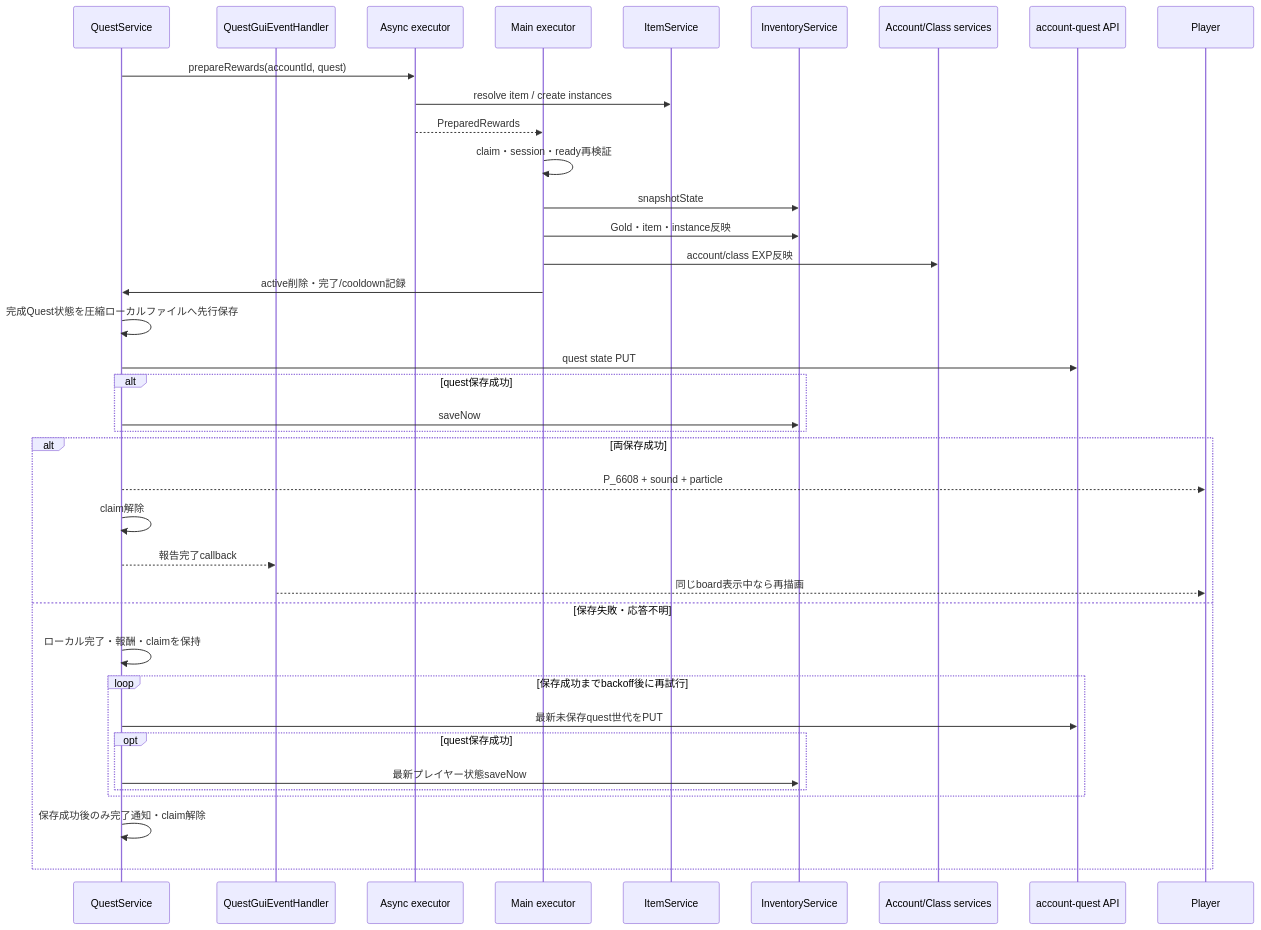
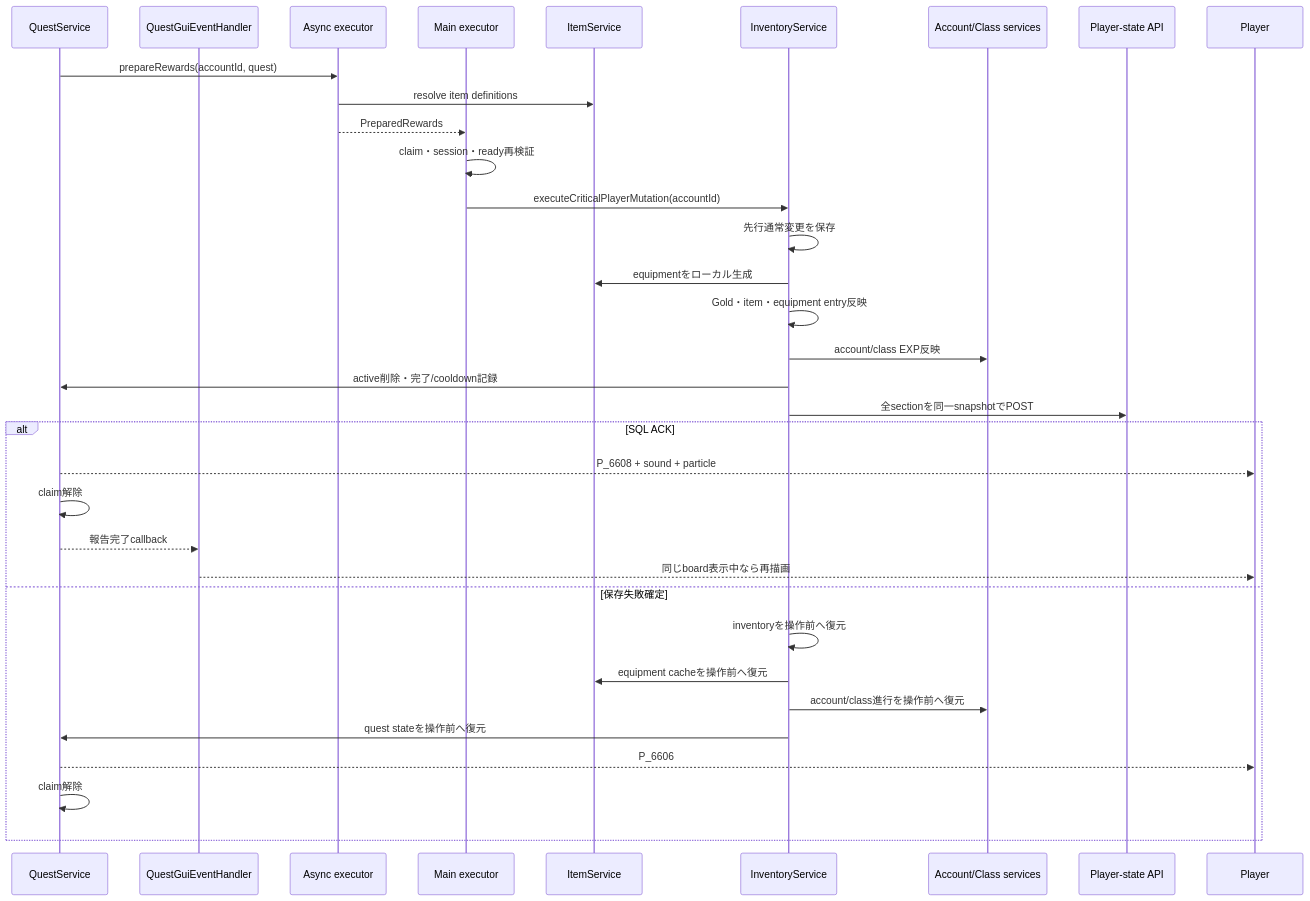
The fourth of 5 diagrams in 00_docs/10_Plugin設計書/feature/29-quest/29_4-統合フロー.md (maaasu/AstralRecord-Workspace), drawn with Mermaid before and after one commit. The commit also changed other lines of this file and 213 other files, not shown here.

````diff
--- a/00_docs/10_Plugin設計書/feature/29-quest/29_4-統合フロー.md
+++ b/00_docs/10_Plugin設計書/feature/29-quest/29_4-統合フロー.md
@@ -135,41 +131,37 @@
 ```mermaid
 sequenceDiagram
     participant Quest as QuestService
     participant GUI as QuestGuiEventHandler
     participant Async as Async executor
     participant Main as Main executor
     participant Item as ItemService
     participant Inventory as InventoryService
     participant Account as Account/Class services
-    participant API as account-quest API
+    participant API as Player-state API
     participant Player as Player
 
     Quest->>Async: prepareRewards(accountId, quest)
-    Async->>Item: resolve item / create instances
+    Async->>Item: resolve item definitions
     Async-->>Main: PreparedRewards
     Main->>Main: claim・session・ready再検証
-    Main->>Inventory: snapshotState
-    Main->>Inventory: Gold・item・instance反映
-    Main->>Account: account/class EXP反映
-    Main->>Quest: active削除・完了/cooldown記録
-        Quest->>Quest: 完成Quest状態を圧縮ローカルファイルへ先行保存
-        Quest->>API: quest state PUT
-    alt quest保存成功
-        Quest->>Inventory: saveNow
-    end
-    alt 両保存成功
+    Main->>Inventory: executeCriticalPlayerMutation(accountId)
+    Inventory->>Inventory: 先行通常変更を保存
+    Inventory->>Item: equipmentをローカル生成
+    Inventory->>Inventory: Gold・item・equipment entry反映
+    Inventory->>Account: account/class EXP反映
+    Inventory->>Quest: active削除・完了/cooldown記録
+    Inventory->>API: 全sectionを同一snapshotでPOST
+    alt SQL ACK
         Quest-->>Player: P_6608 + sound + particle
         Quest->>Quest: claim解除
         Quest-->>GUI: 報告完了callback
         GUI-->>Player: 同じboard表示中なら再描画
-    else 保存失敗・応答不明
-        Quest->>Quest: ローカル完了・報酬・claimを保持
-        loop 保存成功までbackoff後に再試行
-            Quest->>API: 最新未保存quest世代をPUT
-            opt quest保存成功
-                Quest->>Inventory: 最新プレイヤー状態saveNow
-            end
-        end
-        Quest->>Quest: 保存成功後のみ完了通知・claim解除
+    else 保存失敗確定
+        Inventory->>Inventory: inventoryを操作前へ復元
+        Inventory->>Item: equipment cacheを操作前へ復元
+        Inventory->>Account: account/class進行を操作前へ復元
+        Inventory->>Quest: quest stateを操作前へ復元
+        Quest-->>Player: P_6606
+        Quest->>Quest: claim解除
     end
 ```
````
